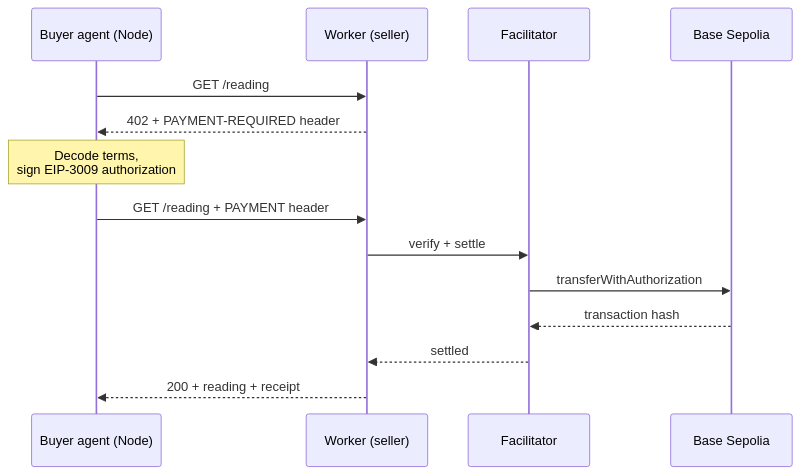
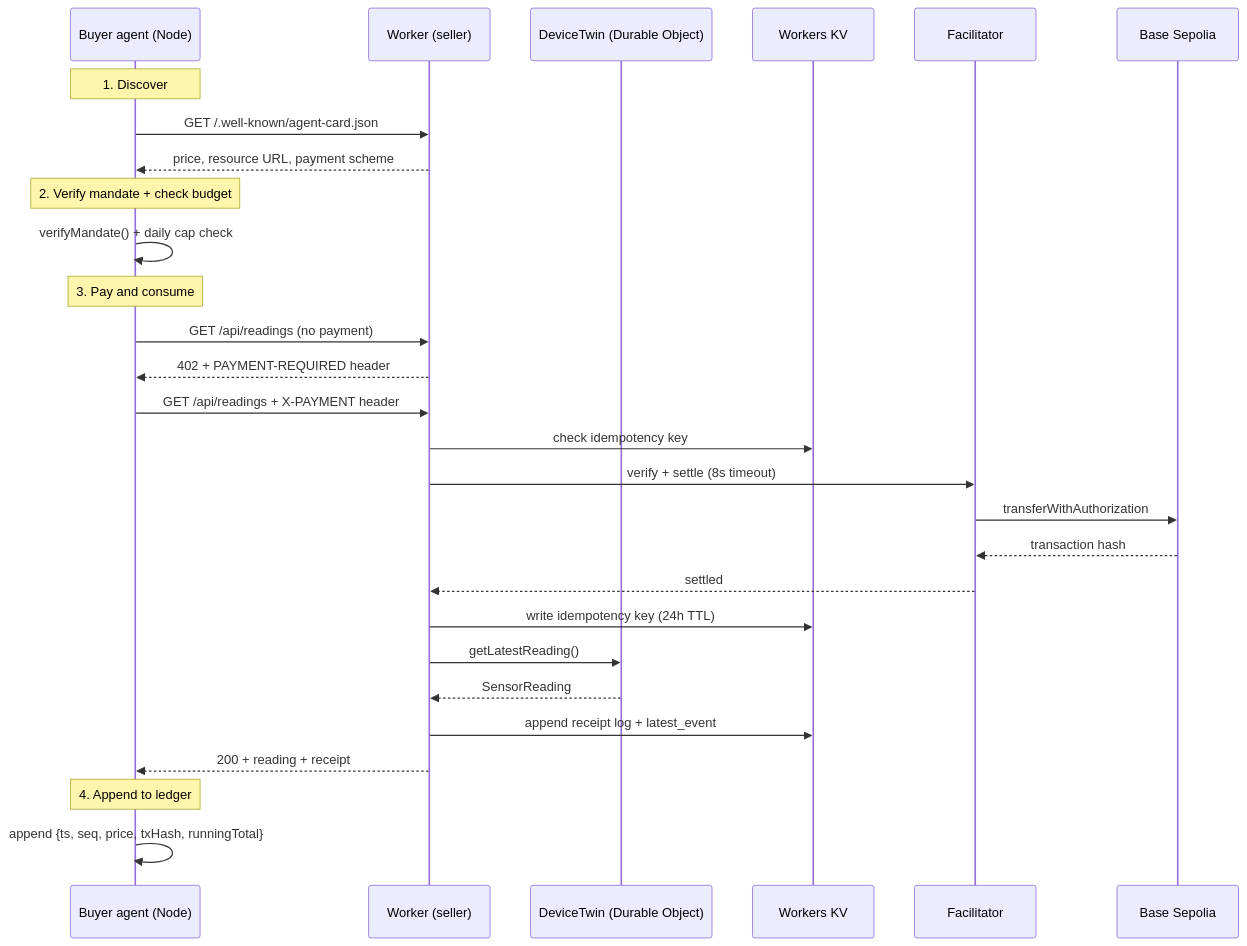
The diagram in README.md (Soresta/x402-iot-poc), drawn with Mermaid before and after one commit. The commit also changed other lines of this file and 1 other file, not shown here.

````diff
--- a/README.md
+++ b/README.md
@@ -37,17 +37,34 @@
 ```mermaid
 sequenceDiagram
     participant B as Buyer agent (Node)
     participant W as Worker (seller)
+    participant DO as DeviceTwin (Durable Object)
+    participant KV as Workers KV
     participant F as Facilitator
     participant C as Base Sepolia
 
-    B->>W: GET /reading
+    Note over B: 1. Discover
+    B->>W: GET /.well-known/agent-card.json
+    W-->>B: price, resource URL, payment scheme
+
+    Note over B: 2. Verify mandate + check budget
+    B->>B: verifyMandate() + daily cap check
+
+    Note over B: 3. Pay and consume
+    B->>W: GET /api/readings (no payment)
     W-->>B: 402 + PAYMENT-REQUIRED header
-    Note over B: Decode terms,<br/>sign EIP-3009 authorization
-    B->>W: GET /reading + PAYMENT header
-    W->>F: verify + settle
+    B->>W: GET /api/readings + X-PAYMENT header
+    W->>KV: check idempotency key
+    W->>F: verify + settle (8s timeout)
     F->>C: transferWithAuthorization
     C-->>F: transaction hash
     F-->>W: settled
+    W->>KV: write idempotency key (24h TTL)
+    W->>DO: getLatestReading()
+    DO-->>W: SensorReading
+    W->>KV: append receipt log + latest_event
     W-->>B: 200 + reading + receipt
+
+    Note over B: 4. Append to ledger
+    B->>B: append {ts, seq, price, txHash, runningTotal}
 ```
````
